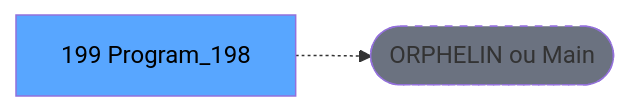
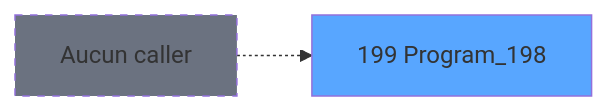
The second of 3 diagrams in .openspec/specs/ADH-IDE-199.md (thonyAGP/magic-migration), drawn with Mermaid before and after one commit. The commit also changed other lines of this file and 493 other files, not shown here.

````diff
--- a/.openspec/specs/ADH-IDE-199.md
+++ b/.openspec/specs/ADH-IDE-199.md
@@ -121,8 +109,8 @@
 ```mermaid
 graph LR
-    T[199 Program_198]
-    ORPHAN([ORPHELIN ou Main])
-    T -.-> ORPHAN
-    style T fill:#58a6ff,color:#000
-    style ORPHAN fill:#6b7280,stroke-dasharray: 5 5
+    T199[199 Program_198]
+    style T199 fill:#58a6ff
+    NONE[Aucun caller]
+    NONE -.-> T199
+    style NONE fill:#6b7280,stroke-dasharray: 5 5
 ```
````
